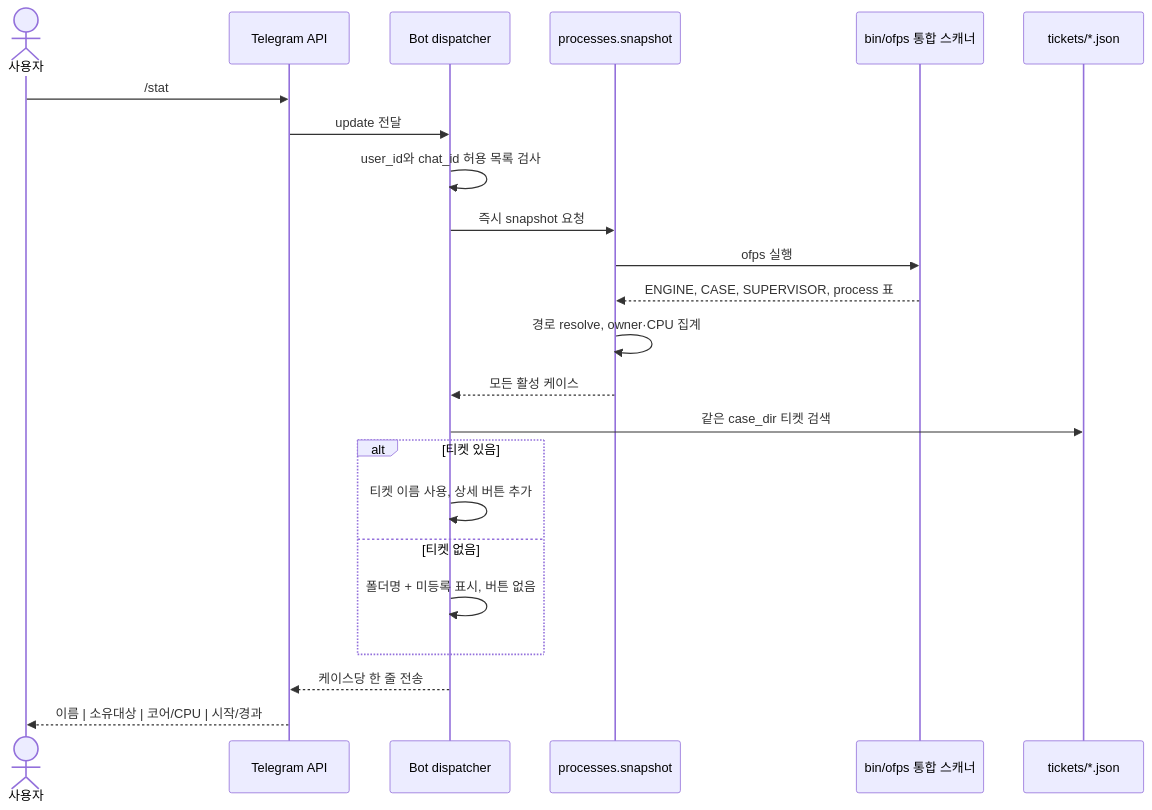
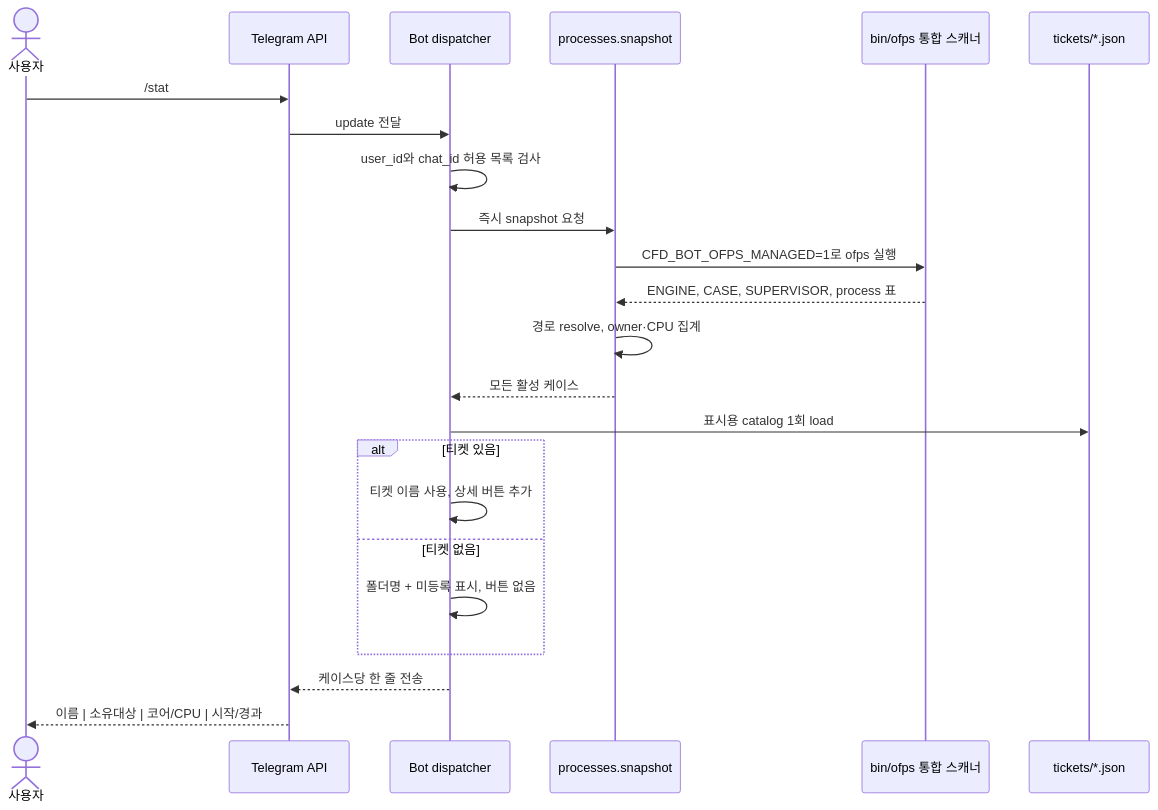
Before and after one commit to jo0n-lab/cfd-bot: the second of 12 diagrams in docs/ARCHITECTURE.md, drawn with Mermaid. The commit also changed other lines of this file and 50 other files, not shown here.

````diff
--- a/docs/ARCHITECTURE.md
+++ b/docs/ARCHITECTURE.md
@@ -163,26 +164,26 @@
 ```mermaid
 sequenceDiagram
     actor U as 사용자
     participant T as Telegram API
     participant B as Bot dispatcher
     participant P as processes.snapshot
     participant O as bin/ofps 통합 스캐너
     participant C as tickets/*.json
 
     U->>T: /stat
     T->>B: update 전달
     B->>B: user_id와 chat_id 허용 목록 검사
     B->>P: 즉시 snapshot 요청
-    P->>O: ofps 실행
+    P->>O: CFD_BOT_OFPS_MANAGED=1로 ofps 실행
     O-->>P: ENGINE, CASE, SUPERVISOR, process 표
     P->>P: 경로 resolve, owner·CPU 집계
     P-->>B: 모든 활성 케이스
-    B->>C: 같은 case_dir 티켓 검색
+    B->>C: 표시용 catalog 1회 load
     alt 티켓 있음
         B->>B: 티켓 이름 사용, 상세 버튼 추가
     else 티켓 없음
         B->>B: 폴더명 + 미등록 표시, 버튼 없음
     end
     B-->>T: 케이스당 한 줄 전송
     T-->>U: 이름 | 소유대상 | 코어/CPU | 시작/경과
 ```
````
